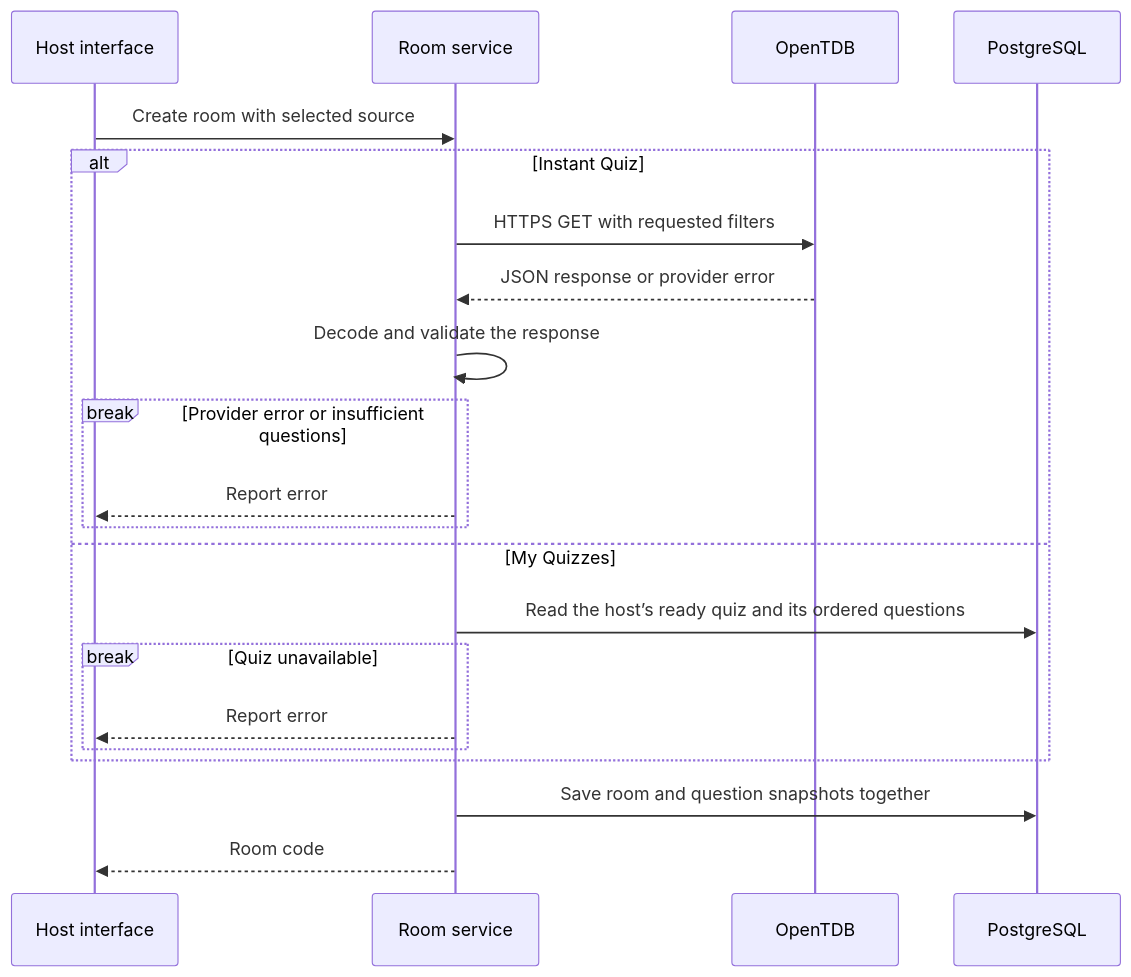
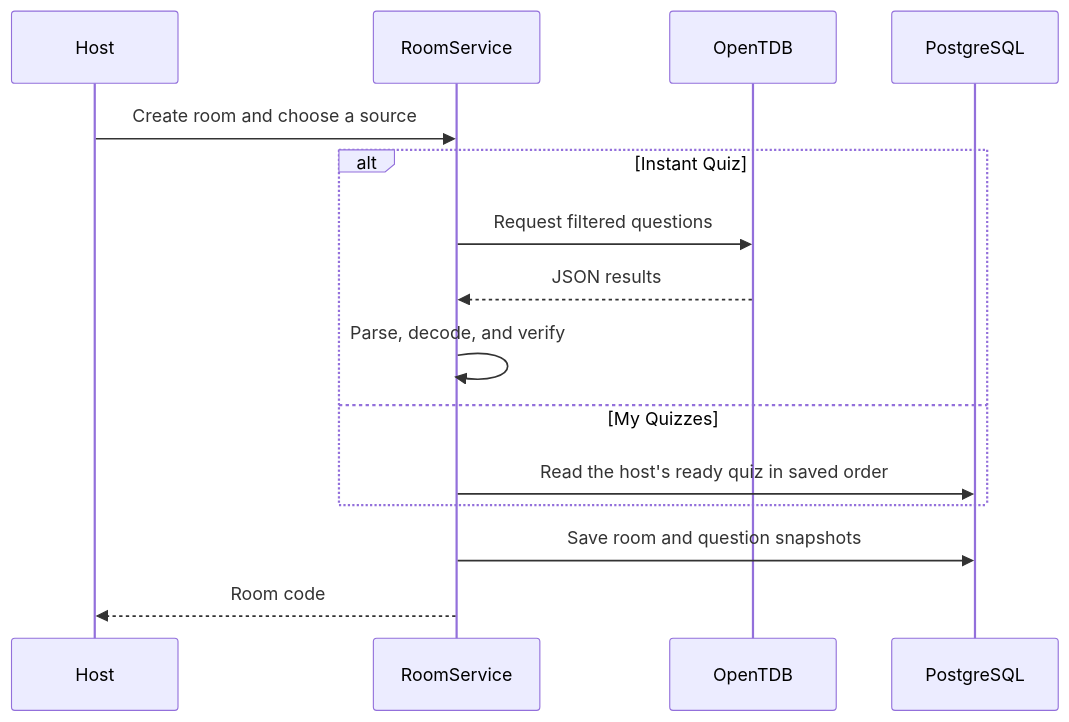
The sixth of 7 diagrams in doc/design-document.md (daevinsimbajon-web/cpe314-69167-capstone-team-02), drawn with Mermaid before and after one commit. The commit also changed other lines of this file and 7 other files, not shown here.

````diff
--- a/doc/design-document.md
+++ b/doc/design-document.md
@@ -247,23 +228,17 @@
 ```mermaid
 sequenceDiagram
-  participant UI as Host interface
-  participant S as Room service
-  participant API as OpenTDB
-  participant DB as PostgreSQL
-  UI->>S: Create room with selected source
-  alt Instant Quiz
-    S->>API: HTTPS GET with requested filters
-    API-->>S: JSON response or provider error
-    S->>S: Decode and validate the response
-    break Provider error or insufficient questions
-      S-->>UI: Report error
+    participant Host
+    participant Room as RoomService
+    participant TDB as OpenTDB
+    participant DB as PostgreSQL
+    Host->>Room: Create room and choose a source
+    alt Instant Quiz
+        Room->>TDB: Request filtered questions
+        TDB-->>Room: JSON results
+        Room->>Room: Parse, decode, and verify
+    else My Quizzes
+        Room->>DB: Read the host's ready quiz in saved order
     end
-  else My Quizzes
-    S->>DB: Read the host’s ready quiz and its ordered questions
-    break Quiz unavailable
-      S-->>UI: Report error
-    end
-  end
-  S->>DB: Save room and question snapshots together
-  S-->>UI: Room code
+    Room->>DB: Save room and question snapshots
+    Room-->>Host: Room code
 ```
````
